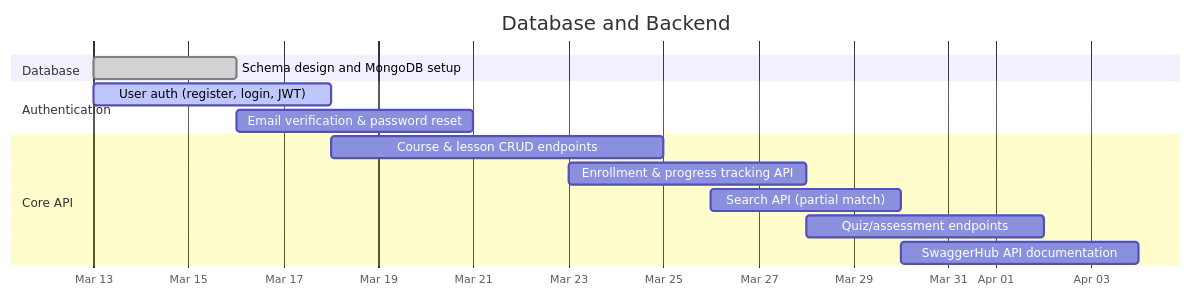
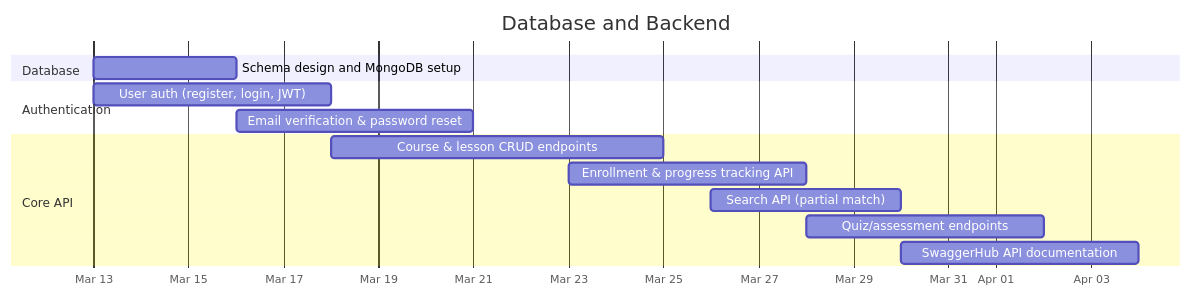
The second of 7 diagrams in GANTT.md (LuizGomes56/poosd_final_project), drawn with Mermaid before and after one commit. The commit also changed other lines of this file, not shown here.

````diff
--- a/GANTT.md
+++ b/GANTT.md
@@ -31,20 +31,20 @@
 ```mermaid
 gantt
     title Database and Backend
     dateFormat  YYYY-MM-DD
     axisFormat  %b %d
 
     section Database
-    Schema design and MongoDB setup      :done,   db1, 2026-03-13, 2026-03-16
+    Schema design and MongoDB setup      :        db1, 2026-03-13, 2026-03-16
 
     section Authentication
-    User auth (register, login, JWT)     :active, be1, 2026-03-13, 2026-03-18
+    User auth (register, login, JWT)     :        be1, 2026-03-13, 2026-03-18
     Email verification & password reset  :        be2, 2026-03-16, 2026-03-21
 
     section Core API
     Course & lesson CRUD endpoints       :        be3, 2026-03-18, 2026-03-25
     Enrollment & progress tracking API   :        be4, 2026-03-23, 2026-03-28
     Search API (partial match)           :        be5, 2026-03-26, 2026-03-30
     Quiz/assessment endpoints            :        be6, 2026-03-28, 2026-04-02
     SwaggerHub API documentation         :        be7, 2026-03-30, 2026-04-04
 ```
````
